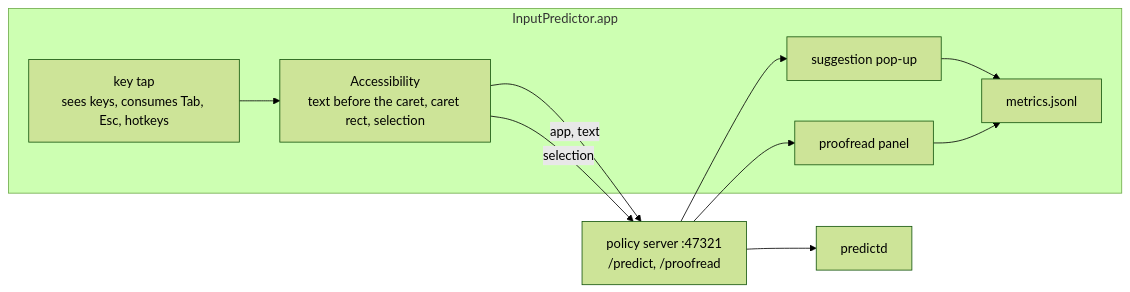
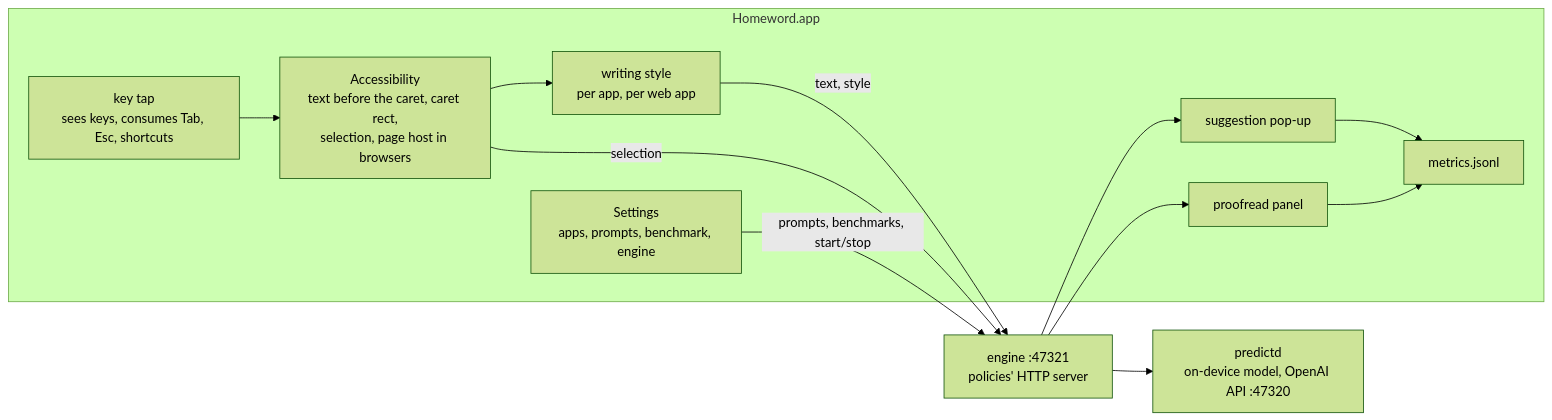
Before and after one commit to FreemanX/Homeword: the diagram in app/README.md, drawn with Mermaid (forest theme). The commit also changed other lines of this file and 19 other files, not shown here.

First line of the commit message:
Homeword: writing styles per app, prompt editor with benchmark and history, shortcuts, engine controls

````diff
--- a/app/README.md
+++ b/app/README.md
@@ -22,20 +26,24 @@
 ```mermaid
 flowchart LR
-    subgraph app["InputPredictor.app"]
-        tap["key tap<br/>sees keys, consumes Tab, Esc, hotkeys"]
-        ax["Accessibility<br/>text before the caret, caret rect, selection"]
+    subgraph app["Homeword.app"]
+        tap["key tap<br/>sees keys, consumes Tab, Esc, shortcuts"]
+        ax["Accessibility<br/>text before the caret, caret rect,<br/>selection, page host in browsers"]
+        sty["writing style<br/>per app, per web app"]
         pop["suggestion pop-up"]
         proof["proofread panel"]
+        set["Settings<br/>apps, prompts, benchmark, engine"]
         met["metrics.jsonl"]
     end
-    srv["policy server :47321<br/>/predict, /proofread"]
-    d["predictd"]
+    srv["engine :47321<br/>policies' HTTP server"]
+    d["predictd<br/>on-device model, OpenAI API :47320"]
     tap --> ax
-    ax -->|"app, text"| srv
+    ax --> sty
+    sty -->|"text, style"| srv
     srv --> pop
     ax -->|"selection"| srv
     srv --> proof
+    set -->|"prompts, benchmarks, start/stop"| srv
     pop --> met
     proof --> met
     srv --> d
 ```
````
